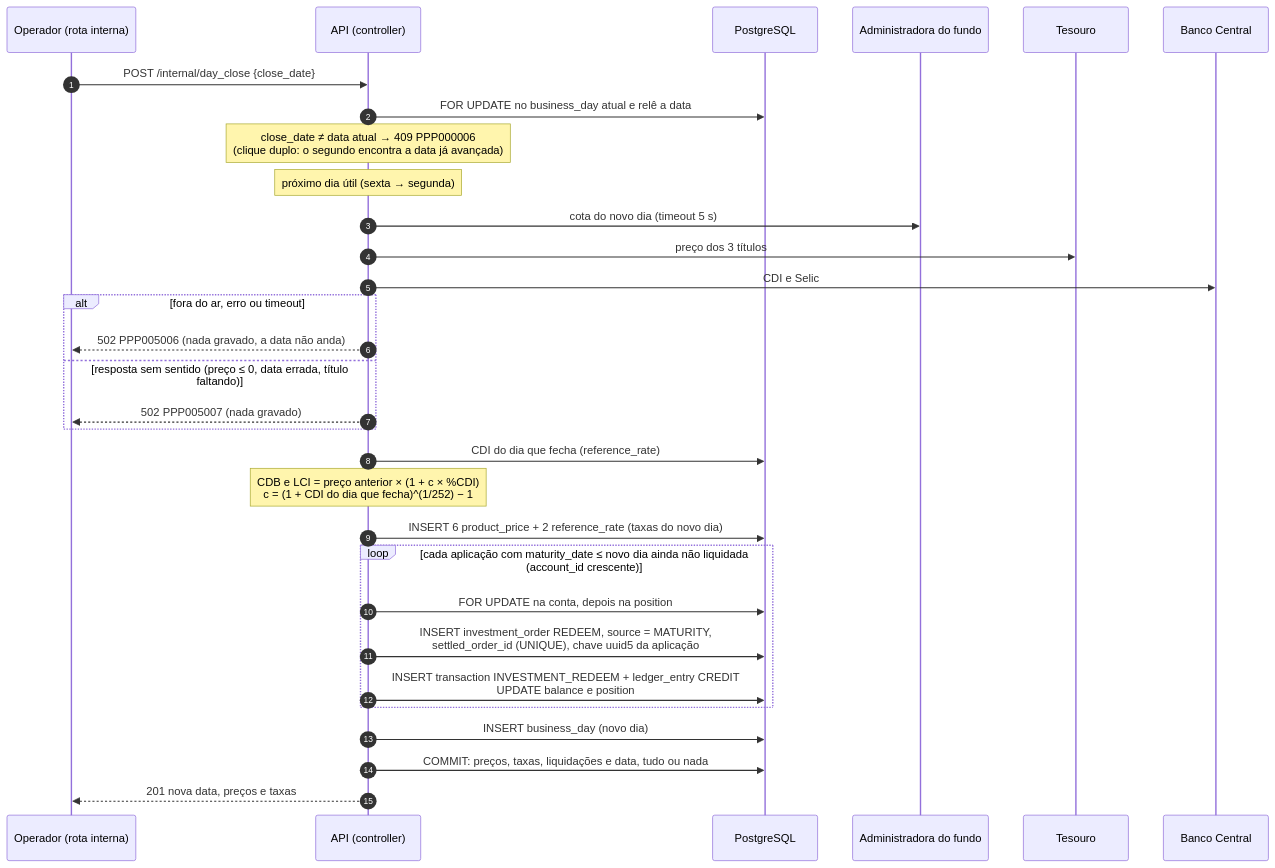
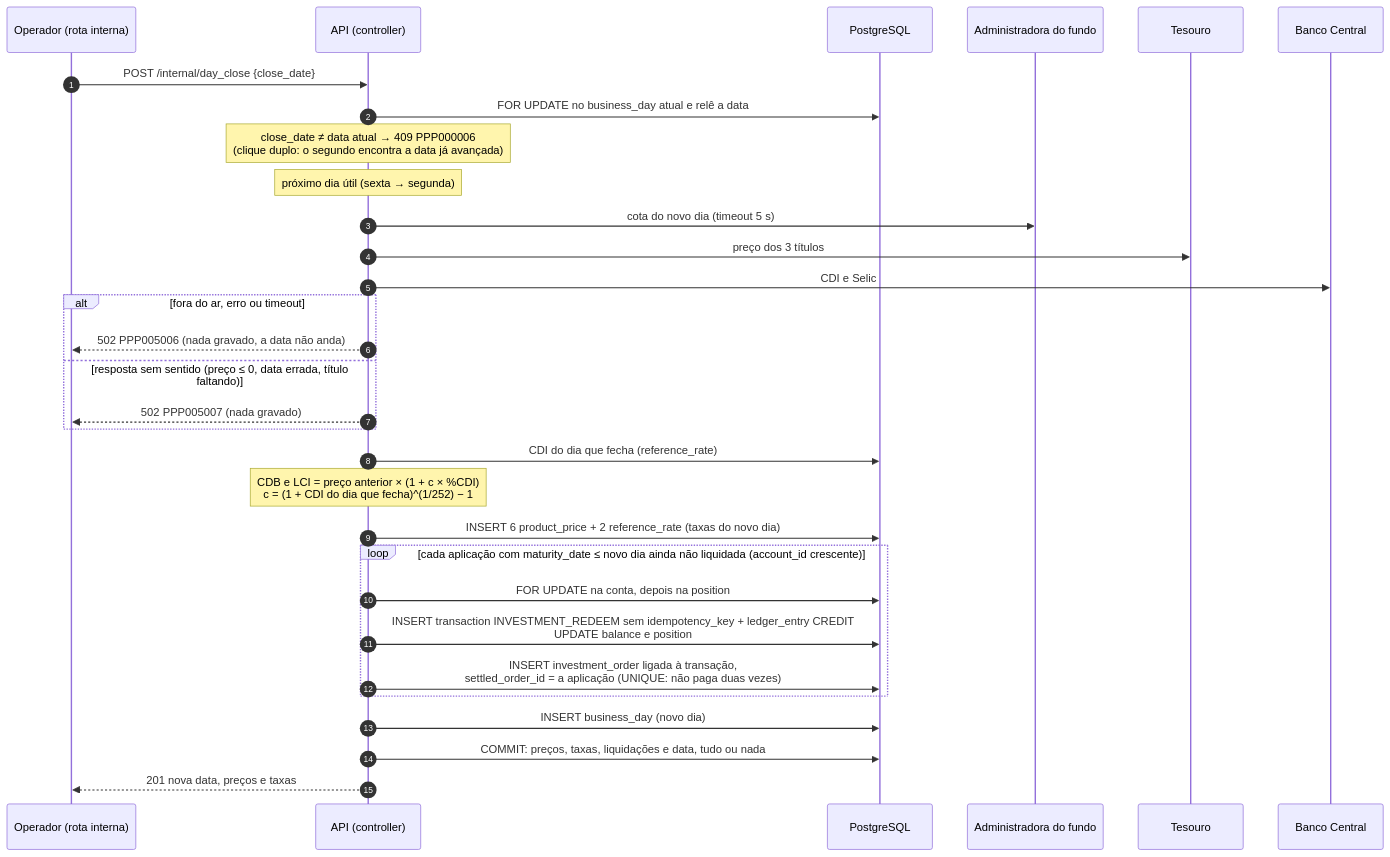
The diagram in docs/diagramas/fechamento-do-dia.mmd (heluylucas/bootcamp-qi-tech-presidas-), drawn with Mermaid before and after one commit. The commit also changed 15 other files, not shown here.

Commit message:
:hammer: update: er-&-flow-diagrams

```diff
--- a/docs/diagramas/fechamento-do-dia.mmd
+++ b/docs/diagramas/fechamento-do-dia.mmd
@@ -1,32 +1,32 @@
 sequenceDiagram
     autonumber
     participant O as Operador (rota interna)
     participant API as API (controller)
     participant DB as PostgreSQL
     participant F as Administradora do fundo
     participant T as Tesouro
     participant BC as Banco Central
 
     O->>API: POST /internal/day_close {close_date}
     API->>DB: FOR UPDATE no business_day atual e relê a data
     Note over API: close_date ≠ data atual → 409 PPP000006<br/>(clique duplo: o segundo encontra a data já avançada)
     Note over API: próximo dia útil (sexta → segunda)
     API->>F: cota do novo dia (timeout 5 s)
     API->>T: preço dos 3 títulos
     API->>BC: CDI e Selic
     alt fora do ar, erro ou timeout
         API-->>O: 502 PPP005006 (nada gravado, a data não anda)
     else resposta sem sentido (preço ≤ 0, data errada, título faltando)
         API-->>O: 502 PPP005007 (nada gravado)
     end
     API->>DB: CDI do dia que fecha (reference_rate)
     Note over API: CDB e LCI = preço anterior × (1 + c × %CDI)<br/>c = (1 + CDI do dia que fecha)^(1/252) − 1
     API->>DB: INSERT 6 product_price + 2 reference_rate (taxas do novo dia)
     loop cada aplicação com maturity_date ≤ novo dia ainda não liquidada (account_id crescente)
         API->>DB: FOR UPDATE na conta, depois na position
-        API->>DB: INSERT investment_order REDEEM, source = MATURITY,<br/>settled_order_id (UNIQUE), chave uuid5 da aplicação
-        API->>DB: INSERT transaction INVESTMENT_REDEEM + ledger_entry CREDIT<br/>UPDATE balance e position
+        API->>DB: INSERT transaction INVESTMENT_REDEEM sem idempotency_key + ledger_entry CREDIT<br/>UPDATE balance e position
+        API->>DB: INSERT investment_order ligada à transação,<br/>settled_order_id = a aplicação (UNIQUE: não paga duas vezes)
     end
     API->>DB: INSERT business_day (novo dia)
     API->>DB: COMMIT: preços, taxas, liquidações e data, tudo ou nada
     API-->>O: 201 nova data, preços e taxas
```
